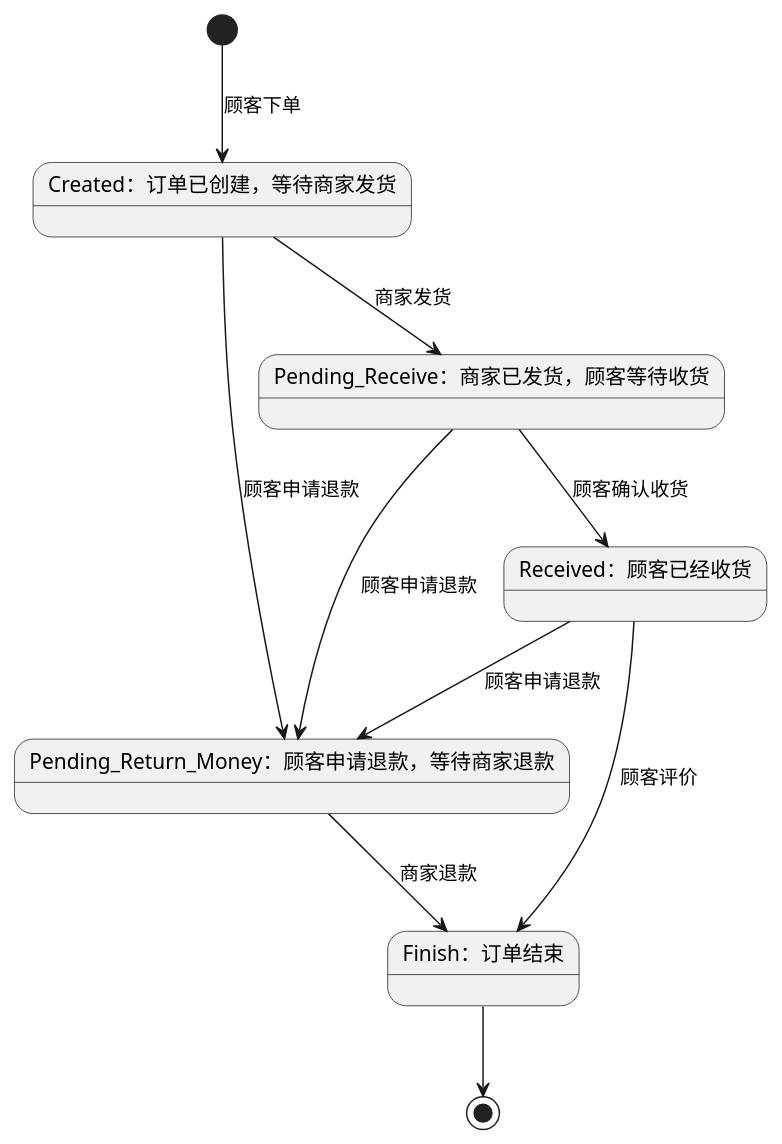
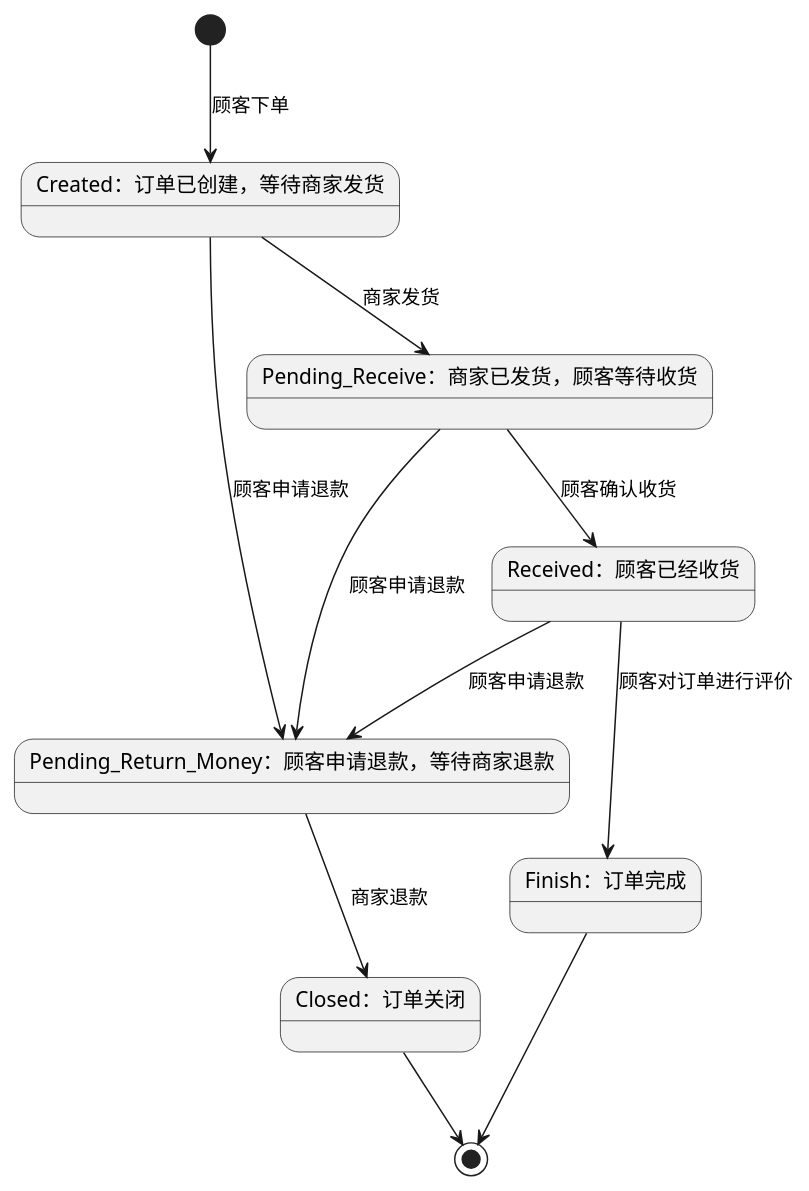
Before and after one commit to wangrongjun/2018-04-06_HandsomeShop: the diagram in src/document/uml/状态图 - 订单.puml, drawn with PlantUML. The commit also changed 11 other files, not shown here.

```diff
--- a/src/document/uml/状态图 - 订单.puml
+++ b/src/document/uml/状态图 - 订单.puml
@@ -1,21 +1,23 @@
 @startuml
 
 state "Created：订单已创建，等待商家发货" as Created
 state "Pending_Receive：商家已发货，顾客等待收货" as Pending_Receive
 state "Received：顾客已经收货" as Received
 state "Pending_Return_Money：顾客申请退款，等待商家退款" as Pending_Return_Money
-state "Finish：订单结束" as Finish
+state "Closed：订单关闭" as Closed
+state "Finish：订单完成" as Finish
 
 [*] --> Created : 顾客下单
 Created --> Pending_Receive : 商家发货
 Created -right-> Pending_Return_Money : 顾客申请退款
 Pending_Receive --> Pending_Return_Money : 顾客申请退款
 Pending_Receive --> Received : 顾客确认收货
 Received --> Pending_Return_Money : 顾客申请退款
 
-Pending_Return_Money --> Finish : 商家退款
-Received --> Finish : 顾客评价
+Pending_Return_Money --> Closed : 商家退款
+Received --> Finish : 顾客对订单进行评价
 
+Closed --> [*]
 Finish --> [*]
 
 @enduml
```
